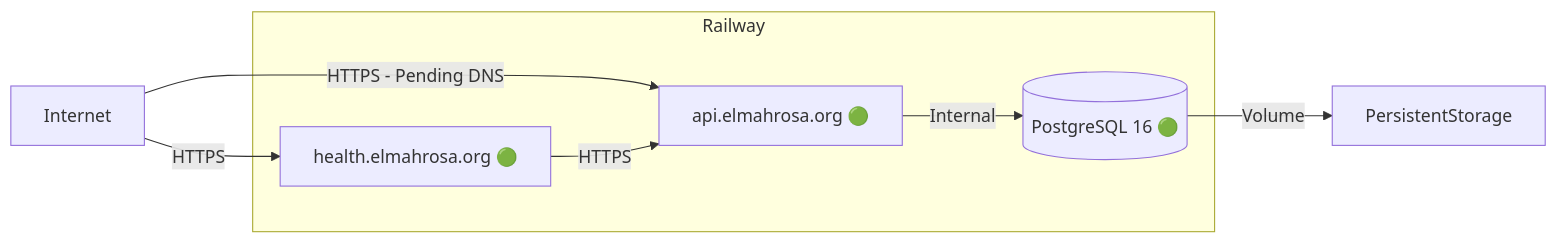
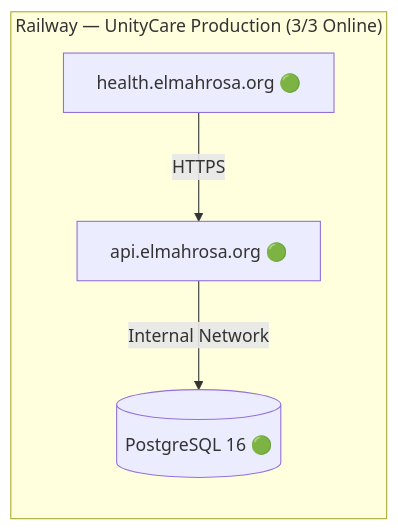
One commit to Elmahrosa/UnityCare-Platform changed the diagram in DEPLOYMENT_REPORT.md. Above: the diagram before and after it, drawn with Mermaid. The commit also changed 4 other files, not shown here.

Commit message:
docs: clean three-tier architecture diagrams, v4 landing page with Trust nav

````diff
--- a/DEPLOYMENT_REPORT.md
+++ b/DEPLOYMENT_REPORT.md
@@ -124,14 +124,8 @@
 ```mermaid
-flowchart LR
-    Internet -->|HTTPS| Frontend
-    Internet -->|HTTPS - Pending DNS| Backend
-    Frontend -->|HTTPS| Backend
-    Backend -->|Internal| PostgreSQL
-    PostgreSQL -->|Volume| PersistentStorage
-    
-    subgraph Railway
-        Frontend["health.elmahrosa.org 🟢"]
-        Backend["api.elmahrosa.org 🟢"]
-        PostgreSQL[("PostgreSQL 16 🟢")]
+flowchart TD
+    subgraph Railway["Railway — UnityCare Production (3/3 Online)"]
+        direction TB
+        Frontend["health.elmahrosa.org 🟢"] -->|HTTPS| Backend["api.elmahrosa.org 🟢"]
+        Backend -->|Internal Network| PostgreSQL[("PostgreSQL 16 🟢")]
     end
 ```
````
